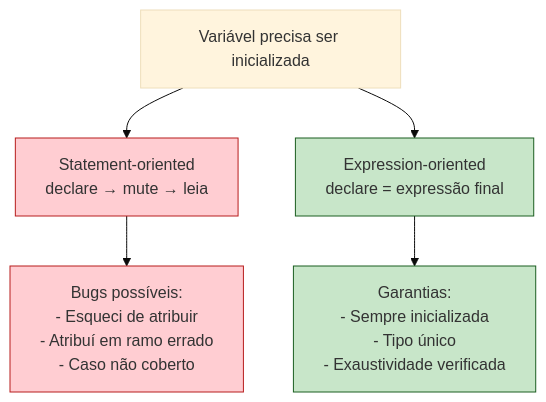
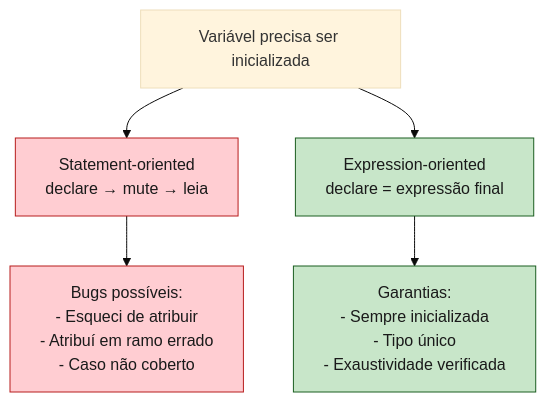
One commit to Felipeness/ferro-e-espirito changed the diagram in book/part-02-foundations/ch06-funcoes-e-fluxo.md. Above: the diagram before and after it, drawn with Mermaid (base theme). The commit also changed 56 other files, not shown here.

First line of the commit message:
fix: contraste de texto em diagramas mermaid

````diff
--- a/book/part-02-foundations/ch06-funcoes-e-fluxo.md
+++ b/book/part-02-foundations/ch06-funcoes-e-fluxo.md
@@ -458,16 +458,16 @@
 ```mermaid
 graph TB
     Start[Variável precisa ser inicializada]
 
     Start --> Stmt[Statement-oriented<br/>declare → mute → leia]
     Start --> Expr[Expression-oriented<br/>declare = expressão final]
 
     Stmt --> StmtBugs[Bugs possíveis:<br/>- Esqueci de atribuir<br/>- Atribuí em ramo errado<br/>- Caso não coberto]
 
     Expr --> ExprSafety[Garantias:<br/>- Sempre inicializada<br/>- Tipo único<br/>- Exaustividade verificada]
 
-    style Stmt fill:#ffcdd2,stroke:#b71c1c
-    style StmtBugs fill:#ffcdd2,stroke:#b71c1c
-    style Expr fill:#c8e6c9,stroke:#1b5e20
-    style ExprSafety fill:#c8e6c9,stroke:#1b5e20
+    style Stmt fill:#ffcdd2,stroke:#b71c1c,color:#1a1a1a
+    style StmtBugs fill:#ffcdd2,stroke:#b71c1c,color:#1a1a1a
+    style Expr fill:#c8e6c9,stroke:#1b5e20,color:#1a1a1a
+    style ExprSafety fill:#c8e6c9,stroke:#1b5e20,color:#1a1a1a
 ```
````
